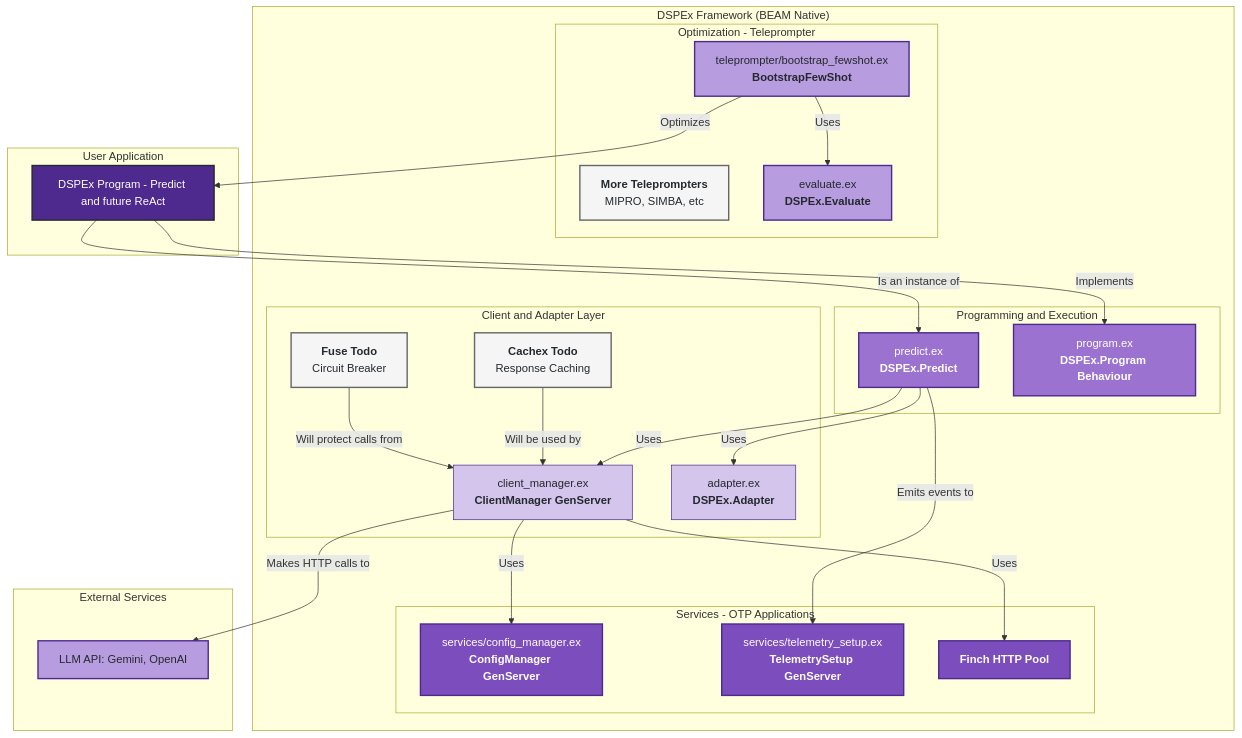
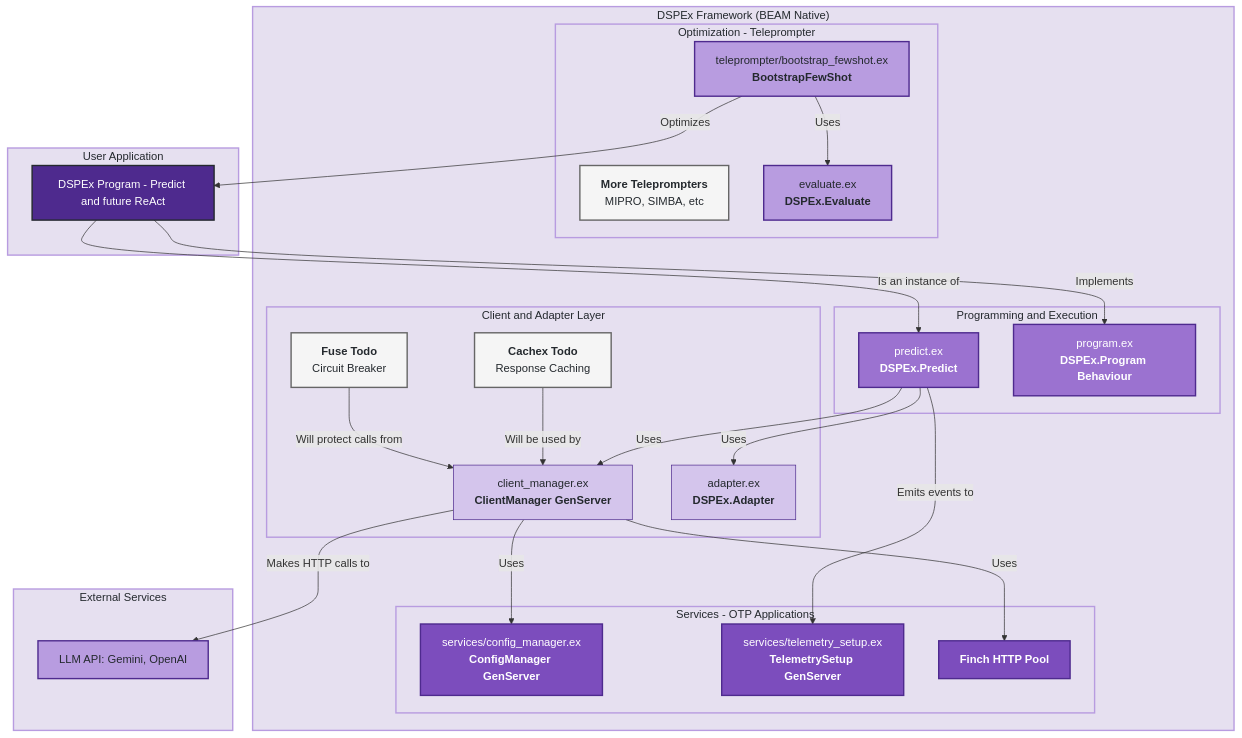
The first of 4 diagrams in DIAGS_dspex_gap.md (nshkrdotcom/ds_ex), drawn with Mermaid before and after one commit. The commit also changed other lines of this file and 8 other files, not shown here.

````diff
--- a/DIAGS_dspex_gap.md
+++ b/DIAGS_dspex_gap.md
@@ -14,68 +14,70 @@
 ```mermaid
 graph TD
-    subgraph User Application
+    subgraph UA["User Application"]
         A["DSPEx Program - Predict and future ReAct"]
     end
 
-    subgraph "DSPEx Framework (BEAM Native)"
-        subgraph "Services - OTP Applications"
+    subgraph DSP["DSPEx Framework (BEAM Native)"]
+        subgraph SOA["Services - OTP Applications"]
             S1["services/config_manager.ex<br><b>ConfigManager GenServer</b>"]
             S2["services/telemetry_setup.ex<br><b>TelemetrySetup GenServer</b>"]
             S3["<b>Finch HTTP Pool</b>"]
         end
 
-        subgraph "Programming and Execution"
+        subgraph PAE["Programming and Execution"]
             P["predict.ex<br><b>DSPEx.Predict</b>"]
             PROG["program.ex<br><b>DSPEx.Program Behaviour</b>"]
         end
 
-        subgraph "Optimization - Teleprompter"
+        subgraph OT["Optimization - Teleprompter"]
             T["teleprompter/bootstrap_fewshot.ex<br><b>BootstrapFewShot</b>"]
             T_TODO["<b>More Teleprompters</b><br>MIPRO, SIMBA, etc"]
             EVAL["evaluate.ex<br><b>DSPEx.Evaluate</b>"]
         end
 
-        subgraph "Client and Adapter Layer"
+        subgraph CAL["Client and Adapter Layer"]
             CM["client_manager.ex<br><b>ClientManager GenServer</b>"]
             ADP["adapter.ex<br><b>DSPEx.Adapter</b>"]
             CM_CACHE["<b>Cachex Todo</b><br>Response Caching"]
             CM_FUSE["<b>Fuse Todo</b><br>Circuit Breaker"]
         end
     end
 
-    subgraph External Services
+    subgraph ES["External Services"]
         LLM["LLM API: Gemini, OpenAI"]
     end
 
     A -- "Implements" --> PROG
     A -- "Is an instance of" --> P
 
     P -- "Uses" --> CM
     P -- "Uses" --> ADP
     CM -- "Uses" --> S1
     CM -- "Uses" --> S3
     P -- "Emits events to" --> S2
 
     T -- "Optimizes" --> A
     T -- "Uses" --> EVAL
 
     CM_CACHE -- "Will be used by" --> CM
     CM_FUSE -- "Will protect calls from" --> CM
     CM -- "Makes HTTP calls to" --> LLM
 
     %% Elixir-inspired styling
     classDef setupPhase fill:#4e2a8e,stroke:#24292e,stroke-width:2px,color:#fff
     classDef concurrentEngine fill:#7c4dbd,stroke:#4e2a8e,stroke-width:2px,color:#fff
     classDef taskNode fill:#9b72d0,stroke:#4e2a8e,stroke-width:2px,color:#fff
     classDef processNode fill:#b89ce0,stroke:#4e2a8e,stroke-width:2px,color:#24292e
     classDef resultNode fill:#d4c5ec,stroke:#4e2a8e,stroke-width:1px,color:#24292e
     classDef aggregationPhase fill:#f5f5f5,stroke:#666,stroke-width:2px,color:#24292e
+    classDef subgraphTitleTop fill:#e6e0f0,stroke:#b89ce0,stroke-width:2px,color:#24292e
 
     class A setupPhase
     class S1,S2,S3 concurrentEngine
     class P,PROG taskNode
     class T,EVAL processNode
     class CM,ADP resultNode
     class T_TODO,CM_CACHE,CM_FUSE aggregationPhase
     class LLM processNode
+    class UA,DSP,SOA,PAE,OT,CAL,ES subgraphTitleTop
 ```
````
